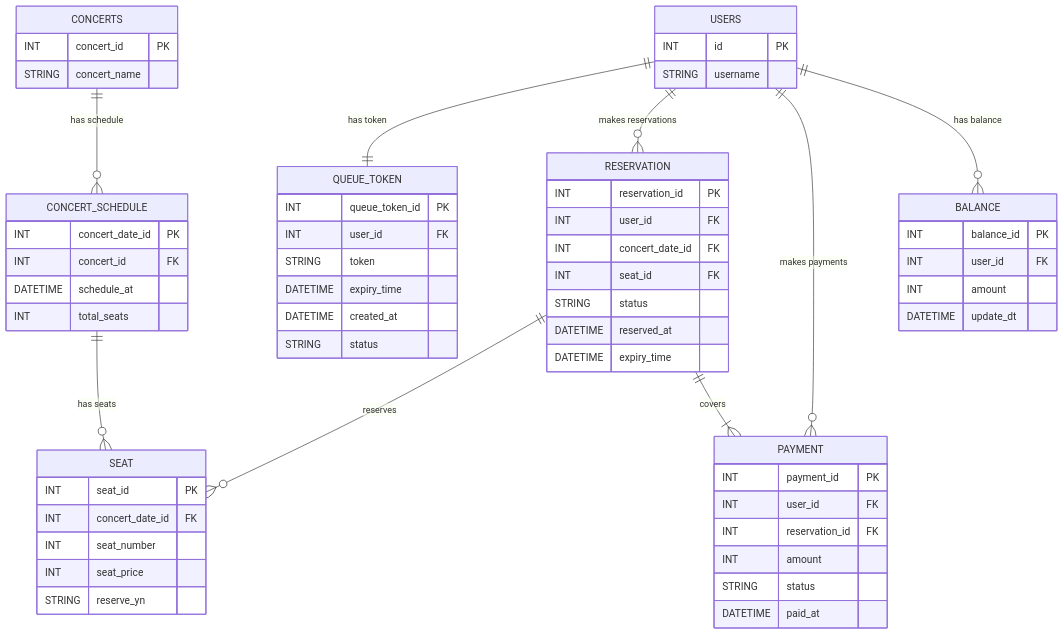
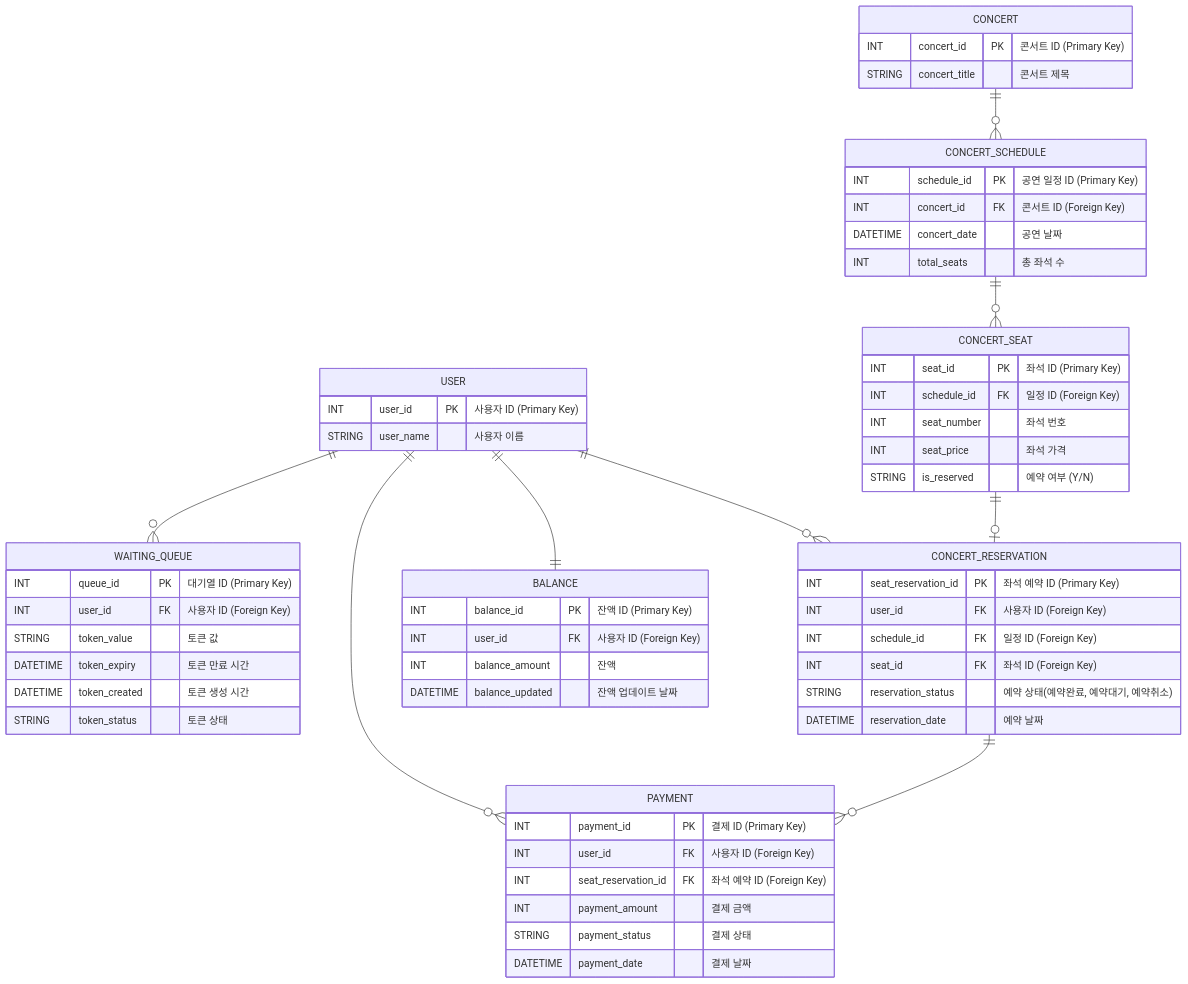
One commit to seungwontech/hhplus-concert-week3-5 changed the diagram in docs/ERD.md. Above: the diagram before and after it, drawn with Mermaid.

Commit message:
refactor: ERD 수정 - 테이블명과 컬럼명 직관적으로 수정 - 테이블별 연관관계 수정

````diff
--- a/docs/ERD.md
+++ b/docs/ERD.md
@@ -5,72 +3,72 @@
 ```mermaid
 erDiagram
-    USERS {
-        INT id PK 
-        STRING username 
+    USER {
+        INT user_id PK "사용자 ID (Primary Key)"
+        STRING user_name "사용자 이름"
     }
 
-    CONCERTS {
-        INT concert_id PK 
-        STRING concert_name 
+    WAITING_QUEUE {
+        INT queue_id PK "대기열 ID (Primary Key)"
+        INT user_id FK "사용자 ID (Foreign Key)"
+        STRING token_value "토큰 값"
+        DATETIME token_expiry "토큰 만료 시간"
+        DATETIME token_created "토큰 생성 시간"
+        STRING token_status "토큰 상태"
+    }
+
+    CONCERT {
+        INT concert_id PK "콘서트 ID (Primary Key)"
+        STRING concert_title "콘서트 제목"
     }
 
     CONCERT_SCHEDULE {
-        INT concert_date_id PK
-        INT concert_id FK 
-        DATETIME schedule_at
-        INT total_seats
+        INT schedule_id PK "공연 일정 ID (Primary Key)"
+        INT concert_id FK "콘서트 ID (Foreign Key)"
+        DATETIME concert_date "공연 날짜"
+        INT total_seats "총 좌석 수"
     }
 
-    QUEUE_TOKEN {
-        INT queue_token_id PK
-        INT user_id FK
-        STRING token 
-        DATETIME expiry_time 
-        DATETIME created_at
-        STRING status
+    CONCERT_SEAT {
+        INT seat_id PK "좌석 ID (Primary Key)"
+        INT schedule_id FK "일정 ID (Foreign Key)"
+        INT seat_number "좌석 번호"
+        INT seat_price "좌석 가격"
+        STRING is_reserved "예약 여부 (Y/N)"
     }
 
-    SEAT {
-        INT seat_id PK 
-        INT concert_date_id FK 
-        INT seat_number 
-        INT seat_price
-        STRING reserve_yn
-    }
-
-    RESERVATION {
-        INT reservation_id PK 
-        INT user_id FK 
-        INT concert_date_id FK 
-        INT seat_id FK 
-        STRING status
-        DATETIME reserved_at 
-        DATETIME expiry_time
+    CONCERT_RESERVATION {
+        INT seat_reservation_id PK "좌석 예약 ID (Primary Key)"
+        INT user_id FK "사용자 ID (Foreign Key)"
+        INT schedule_id FK "일정 ID (Foreign Key)"
+        INT seat_id FK "좌석 ID (Foreign Key)"
+        STRING reservation_status "예약 상태(예약완료, 예약대기, 예약취소)"
+        DATETIME reservation_date "예약 날짜"
     }
 
     PAYMENT {
-        INT payment_id PK 
-        INT user_id FK 
-        INT reservation_id FK 
-        INT amount 
-        STRING status 
-        DATETIME paid_at
+        INT payment_id PK "결제 ID (Primary Key)"
+        INT user_id FK "사용자 ID (Foreign Key)"
+        INT seat_reservation_id FK "좌석 예약 ID (Foreign Key)"
+        INT payment_amount "결제 금액"
+        STRING payment_status "결제 상태"
+        DATETIME payment_date "결제 날짜"
     }
 
     BALANCE {
-        INT balance_id PK 
-        INT user_id FK 
-        INT amount
-        DATETIME update_dt
+        INT balance_id PK "잔액 ID (Primary Key)"
+        INT user_id FK "사용자 ID (Foreign Key)"
+        INT balance_amount "잔액"
+        DATETIME balance_updated "잔액 업데이트 날짜"
     }
 
-    CONCERTS ||--o{ CONCERT_SCHEDULE : "has schedule"
-    CONCERT_SCHEDULE ||--o{ SEAT : "has seats"
-    USERS ||--|| QUEUE_TOKEN : "has token"
-    USERS ||--o{ RESERVATION : "makes reservations"
-    USERS ||--o{ PAYMENT : "makes payments"
-    RESERVATION ||--o{ SEAT : "reserves"
-    RESERVATION ||--|{ PAYMENT : "covers"
-    USERS ||--o{ BALANCE : "has balance"
+    CONCERT ||--o{ CONCERT_SCHEDULE : ""
+    CONCERT_SCHEDULE ||--o{ CONCERT_SEAT : ""
+    USER ||--o{ CONCERT_RESERVATION : ""
+    USER ||--o{ PAYMENT : ""
+    USER ||--o{ WAITING_QUEUE : ""
+    CONCERT_SEAT ||--o| CONCERT_RESERVATION : ""
+    CONCERT_RESERVATION ||--o{ PAYMENT : ""
+    USER ||--|| BALANCE : ""
+
 
 ```
````
